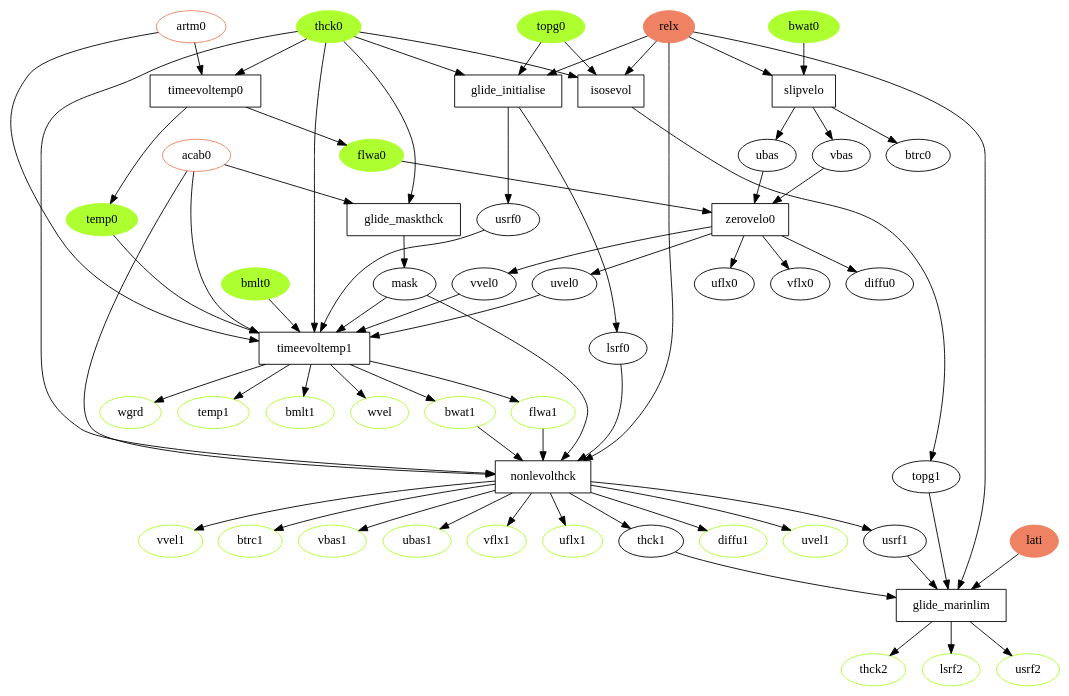
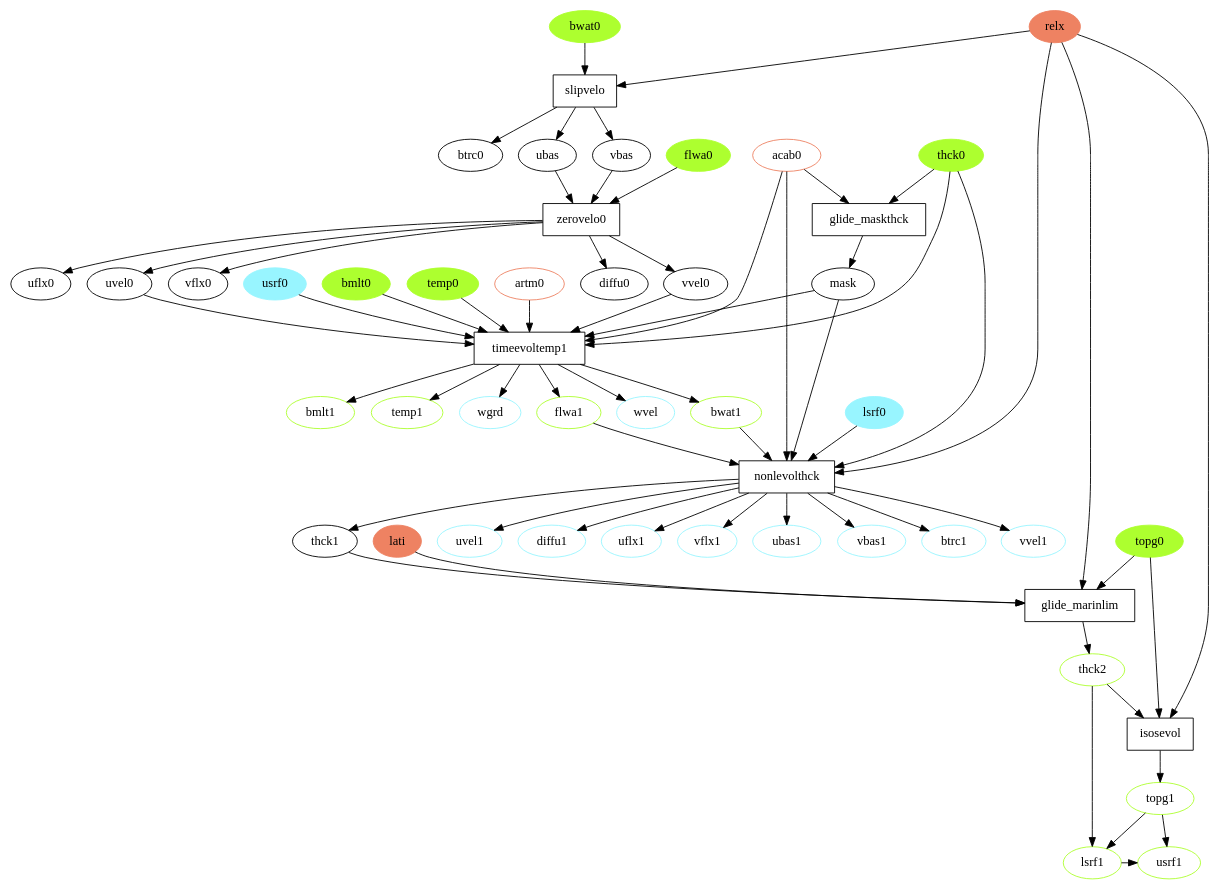
The diagram in glimmer-cism/glimmer/branches/GLINT-GLIDE/doc/dg/figures/data_dep.dot (BackupTheBerlios/glimmer-cism-svn), drawn with Graphviz before and after one commit. The commit also changed 9 other files, not shown here.

```diff
--- a/glimmer-cism/glimmer/branches/GLINT-GLIDE/doc/dg/figures/data_dep.dot
+++ b/glimmer-cism/glimmer/branches/GLINT-GLIDE/doc/dg/figures/data_dep.dot
@@ -1,154 +1,155 @@
 digraph G
 {
- // inputs
- thck0 [style = filled,color=greenyellow];
- topg0 [style = filled,color=greenyellow];
- bwat0 [style = filled,color=greenyellow];
- bmlt0 [style = filled,color=greenyellow];
- flwa0 [style = filled,color=greenyellow];
- temp0 [style = filled,color=greenyellow];
-
- // forcing
- artm0 [color=salmon2];
- acab0 [color=salmon2];
- lati [style = filled,color=salmon2];
- relx [style = filled,color=salmon2];
-
- // outputs
- thck2 [color=greenyellow];
- lsrf2 [color=greenyellow];
- usrf2 [color=greenyellow];
- uflx1 [color=greenyellow];
- diffu1 [color=greenyellow];
- uvel1 [color=greenyellow];
- vvel1 [color=greenyellow];
- btrc1 [color=greenyellow];
- vbas1 [color=greenyellow];
- ubas1 [color=greenyellow];
- vflx1 [color=greenyellow];
- bwat1 [color=greenyellow];
- wgrd [color=greenyellow];
- flwa1 [color=greenyellow];
- temp1 [color=greenyellow];
- bmlt1 [color=greenyellow];
- wvel [color=greenyellow];
- 
  //glide_initialise
- glide_initialise [shape = box];
- thck0->glide_initialise;
- topg0->glide_initialise;
- relx->glide_initialise;
- glide_initialise->lsrf0;
- glide_initialise->usrf0;
-
- //timeevoltemp0
- timeevoltemp0 [shape = box];
- artm0->timeevoltemp0;
- thck0->timeevoltemp0;
- timeevoltemp0->temp0;
- timeevoltemp0->flwa0;
-
- //isosevol
- isosevol [shape = box];
- thck0->isosevol;
- topg0->isosevol;
- relx->isosevol;
- isosevol->topg1;
+// glide_initialise [shape = box,style = filled,color=greenyellow];
+// thck0->glide_initialise;
+// topg0->glide_initialise;
+// relx->glide_initialise;
+// artm0->glide_initialise;
+// glide_initialise->temp0;
+// glide_initialise->flwa0;
+// glide_initialise->lsrf0;
+// glide_initialise->usrf0;
 
  //slipvelo
  slipvelo [shape = box];
  bwat0->slipvelo;
  relx->slipvelo;
  slipvelo->btrc0;
  slipvelo->ubas;
  slipvelo->vbas;
 
  //zerovelo0
  zerovelo0 [shape = box];
  flwa0->zerovelo0;
  ubas->zerovelo0;
  vbas->zerovelo0;
  zerovelo0->uvel0;
  zerovelo0->vvel0;
  zerovelo0->diffu0;
  zerovelo0->uflx0;
  zerovelo0->vflx0;
 
  //glide_maskthck
  glide_maskthck [shape = box];
  thck0->glide_maskthck;
  acab0->glide_maskthck;
  glide_maskthck->mask;
 
  //timeevoltemp1
  timeevoltemp1 [shape = box];
  temp0->timeevoltemp1;
  artm0->timeevoltemp1;
  acab0->timeevoltemp1;
  thck0->timeevoltemp1;
  usrf0->timeevoltemp1;
  uvel0->timeevoltemp1;
  vvel0->timeevoltemp1;
  bmlt0->timeevoltemp1;
  mask->timeevoltemp1;
  timeevoltemp1->temp1;
  timeevoltemp1->flwa1;
  timeevoltemp1->wgrd;
  timeevoltemp1->wvel;
  timeevoltemp1->bmlt1;
  timeevoltemp1->bwat1;
  
 // //timeevolthck
 // timeevolthck [shape = box];
 // uflx0->timeevolthck;
 // vflx0->timeevolthck;
 // dusrfdew->timeevolthck;
 // dusrfdns->timeevolthck;
 // acab0->timeevolthck;
 // mask->timeevolthck;
 // thck0->timeevolthck;
 // usrf0->timeevolthck;
 // lsrf0->timeevolthck;
 // timeevolthck->thck1;
 // timeevolthck->usrf1;
 
 // //stagleapthck
 // stagleapthck [shape = box];
 // uflx0->stagleapthck;
 // vflx0->stagleapthck;
 // lsrf0->stagleapthck;
 // thck0->stagleapthck;
 // stagleapthck->thck1;
 // stagleapthck->usrf1;
 
  //nonlevolthck
  nonlevolthck [shape = box];
  lsrf0->nonlevolthck;
  acab0->nonlevolthck;
  thck0->nonlevolthck;
  bwat1->nonlevolthck;
  relx->nonlevolthck;
  flwa1->nonlevolthck;
  mask->nonlevolthck;
  nonlevolthck->thck1;
- nonlevolthck->usrf1;
  nonlevolthck->ubas1;
  nonlevolthck->vbas1;
  nonlevolthck->btrc1;
  nonlevolthck->vvel1;
  nonlevolthck->uvel1;
  nonlevolthck->diffu1;
  nonlevolthck->uflx1;
  nonlevolthck->vflx1;
 
  //glide_marinlim
  glide_marinlim [shape = box];
  lati->glide_marinlim;
- usrf1->glide_marinlim;
  relx->glide_marinlim;
- topg1->glide_marinlim;
+ topg0->glide_marinlim;
  thck1->glide_marinlim;
- glide_marinlim->usrf2;
- glide_marinlim->lsrf2;
  glide_marinlim->thck2;
+
+ //isosevol
+ isosevol [shape = box];
+ thck2->isosevol;
+ topg0->isosevol;
+ relx->isosevol;
+ isosevol->topg1;
+
+ thck2->lsrf1;
+ topg1->lsrf1;
+ topg1->usrf1;
+ lsrf1->usrf1 [constraint=false];
+
+ // inputs
+ thck0 [style = filled,color=greenyellow];
+ topg0 [style = filled,color=greenyellow];
+ bwat0 [style = filled,color=greenyellow];
+ bmlt0 [style = filled,color=greenyellow];
+ flwa0 [style = filled,color=greenyellow];
+ temp0 [style = filled,color=greenyellow];
+ lsrf0 [style = filled,color=cadetblue1];
+ usrf0 [style = filled,color=cadetblue1];
+
+ // forcing
+ artm0 [color=salmon2];
+ acab0 [color=salmon2];
+ lati [style = filled,color=salmon2];
+ relx [style = filled,color=salmon2];
+
+ // outputs
+ thck2 [color=greenyellow];
+ topg1 [color=greenyellow];
+ lsrf1 [color=greenyellow];
+ usrf1 [color=greenyellow];
+ uflx1 [color=cadetblue1];
+ diffu1 [color=cadetblue1];
+ uvel1 [color=cadetblue1];
+ vvel1 [color=cadetblue1];
+ btrc1 [color=cadetblue1];
+ vbas1 [color=cadetblue1];
+ ubas1 [color=cadetblue1];
+ vflx1 [color=cadetblue1];
+ bwat1 [color=greenyellow];
+ wgrd [color=cadetblue1];
+ flwa1 [color=greenyellow];
+ temp1 [color=greenyellow];
+ bmlt1 [color=greenyellow];
+ wvel [color=cadetblue1];
+ 
 }
```
